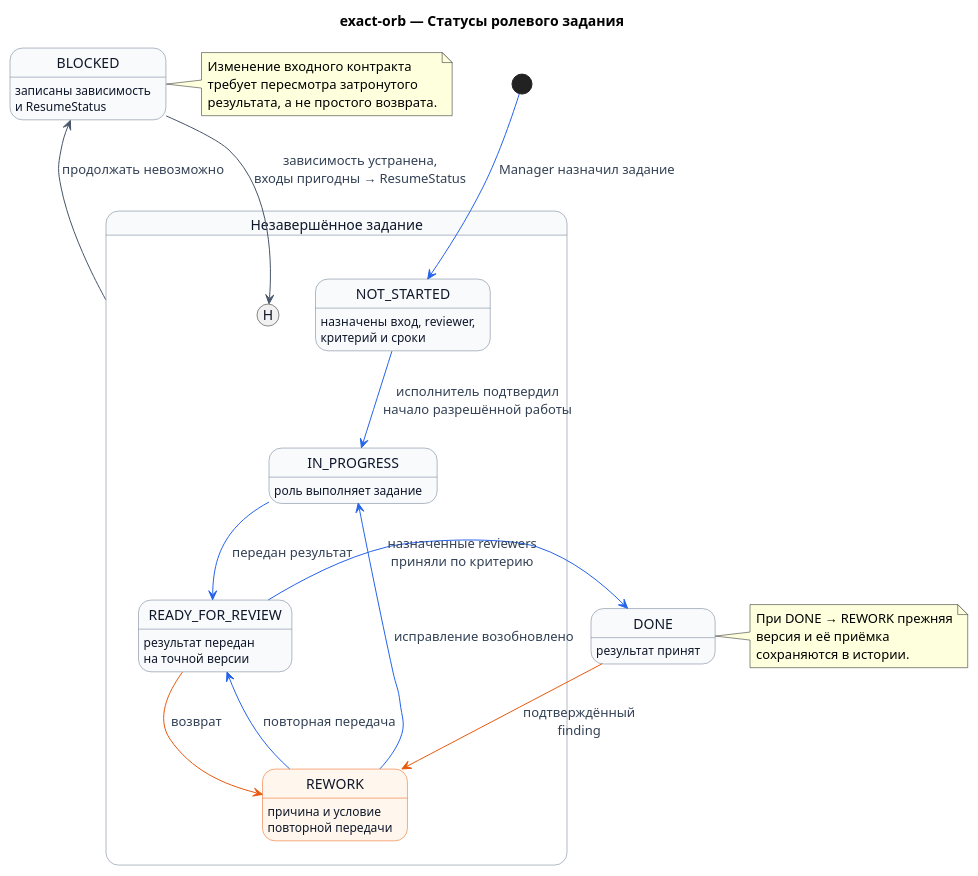
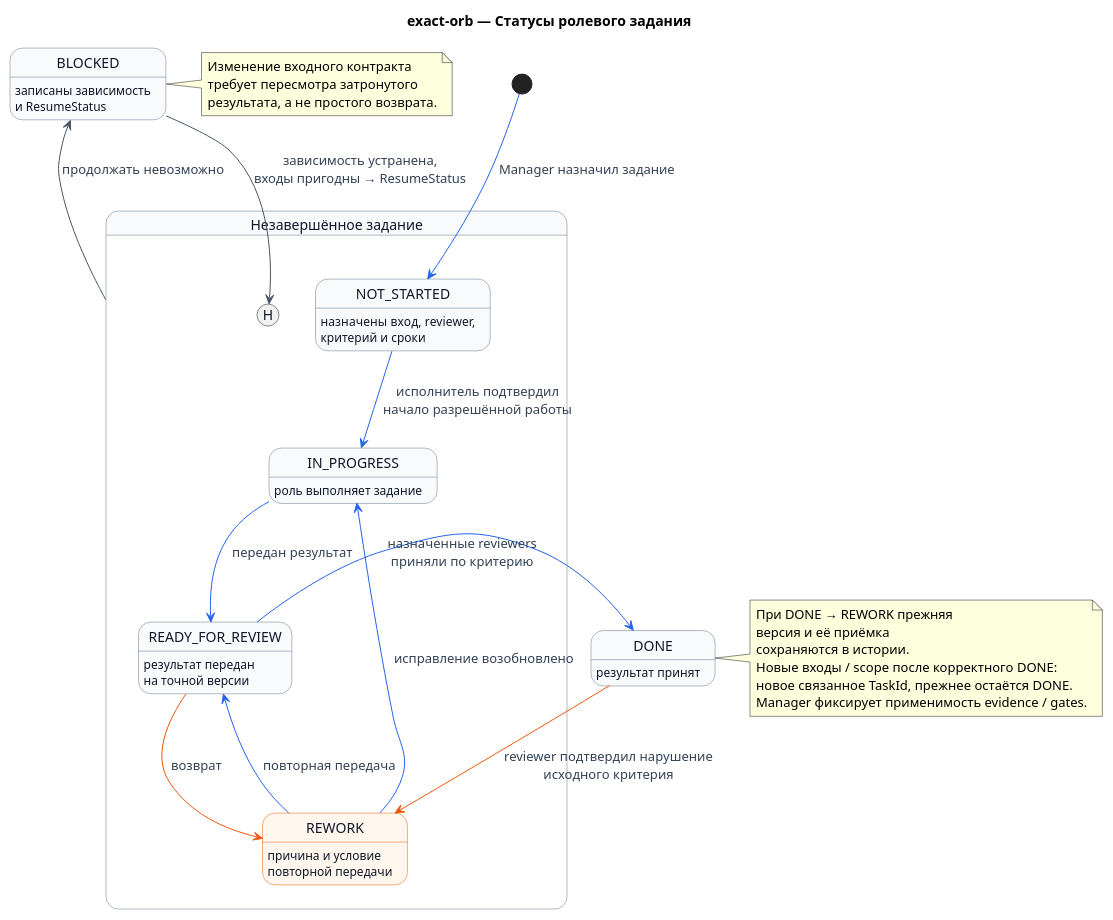
One commit to ksenia-baranova/exact-orb-demo changed the diagram in docs/development_approach/process/process_diagram/003-task-states.puml. Above: the diagram before and after it, drawn with PlantUML. The commit also changed 27 other files, not shown here.

```diff
--- a/docs/development_approach/process/process_diagram/003-task-states.puml
+++ b/docs/development_approach/process/process_diagram/003-task-states.puml
@@ -1,52 +1,55 @@
 @startuml
 title exact-orb — Статусы ролевого задания
 
 ' Источник: docs/development_approach/process/process.md, раздел 2 «Ролевое задание».
-' Текущий статус записывается только в сводке artifacts.md.
+' Текущий статус записывается только в сводке manager_artifact.md.
 ' Review требований и проверка реализации — разные задания.
 
 hide empty description
 skinparam shadowing false
 skinparam state {
     BackgroundColor #F8FAFC
     BorderColor #64748B
     FontColor #0F172A
     ArrowColor #2563EB
     ArrowFontColor #334155
     BackgroundColor<<return>> #FFF7ED
     BorderColor<<return>> #EA580C
 }
 
 state "Незавершённое задание" as OPEN_TASK {
     state NOT_STARTED : назначены вход, reviewer,\nкритерий и сроки
     state IN_PROGRESS : роль выполняет задание
     state READY_FOR_REVIEW : результат передан\nна точной версии
     state REWORK <<return>> : причина и условие\nповторной передачи
 }
 state DONE : результат принят
 state BLOCKED : записаны зависимость\nи ResumeStatus
 
 [*] --> NOT_STARTED : Manager назначил задание
 NOT_STARTED --> IN_PROGRESS : исполнитель подтвердил\nначало разрешённой работы
 IN_PROGRESS --> READY_FOR_REVIEW : передан результат
 READY_FOR_REVIEW --> DONE : назначенные reviewers\nприняли по критерию
 READY_FOR_REVIEW -[#EA580C]-> REWORK : возврат
 REWORK --> IN_PROGRESS : исправление возобновлено
 REWORK --> READY_FOR_REVIEW : повторная передача
-DONE -[#EA580C]-> REWORK : подтверждённый\nfinding
+DONE -[#EA580C]-> REWORK : reviewer подтвердил нарушение\nисходного критерия
 
 OPEN_TASK -[#475569]-> BLOCKED : продолжать невозможно
 BLOCKED -[#475569]-> OPEN_TASK[H] : зависимость устранена,\nвходы пригодны → ResumeStatus
 
 note right of BLOCKED
   Изменение входного контракта
   требует пересмотра затронутого
   результата, а не простого возврата.
 end note
 
 note right of DONE
   При DONE → REWORK прежняя
   версия и её приёмка
   сохраняются в истории.
+  Новые входы / scope после корректного DONE:
+  новое связанное TaskId, прежнее остаётся DONE.
+  Manager фиксирует применимость evidence / gates.
 end note
 @enduml
```
